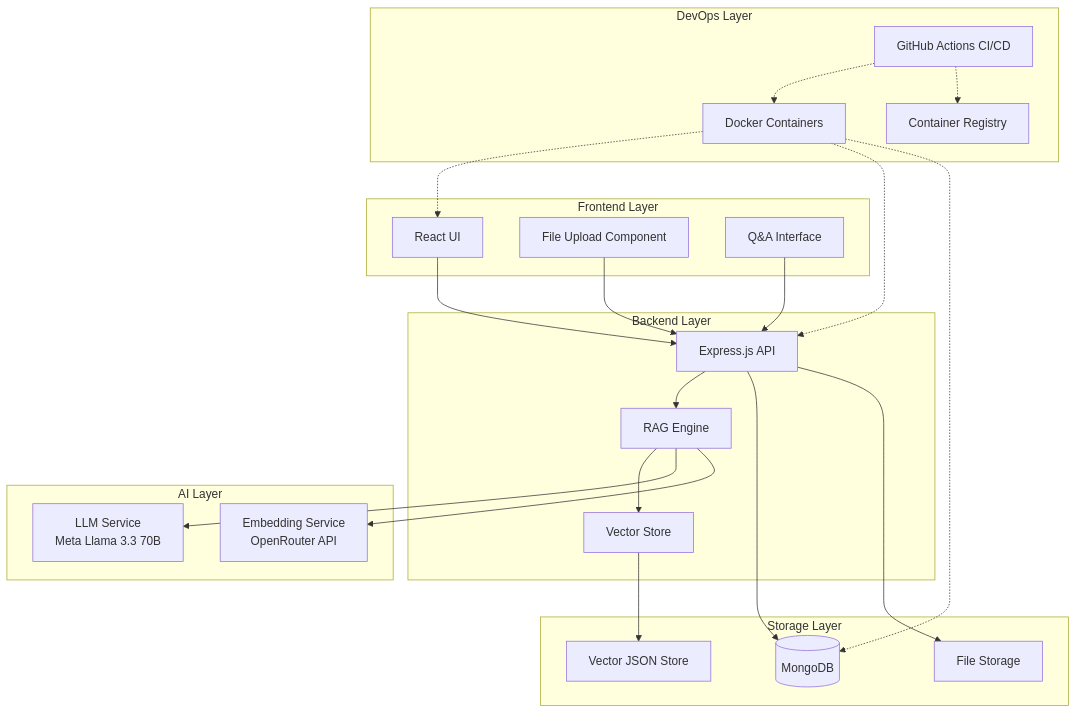
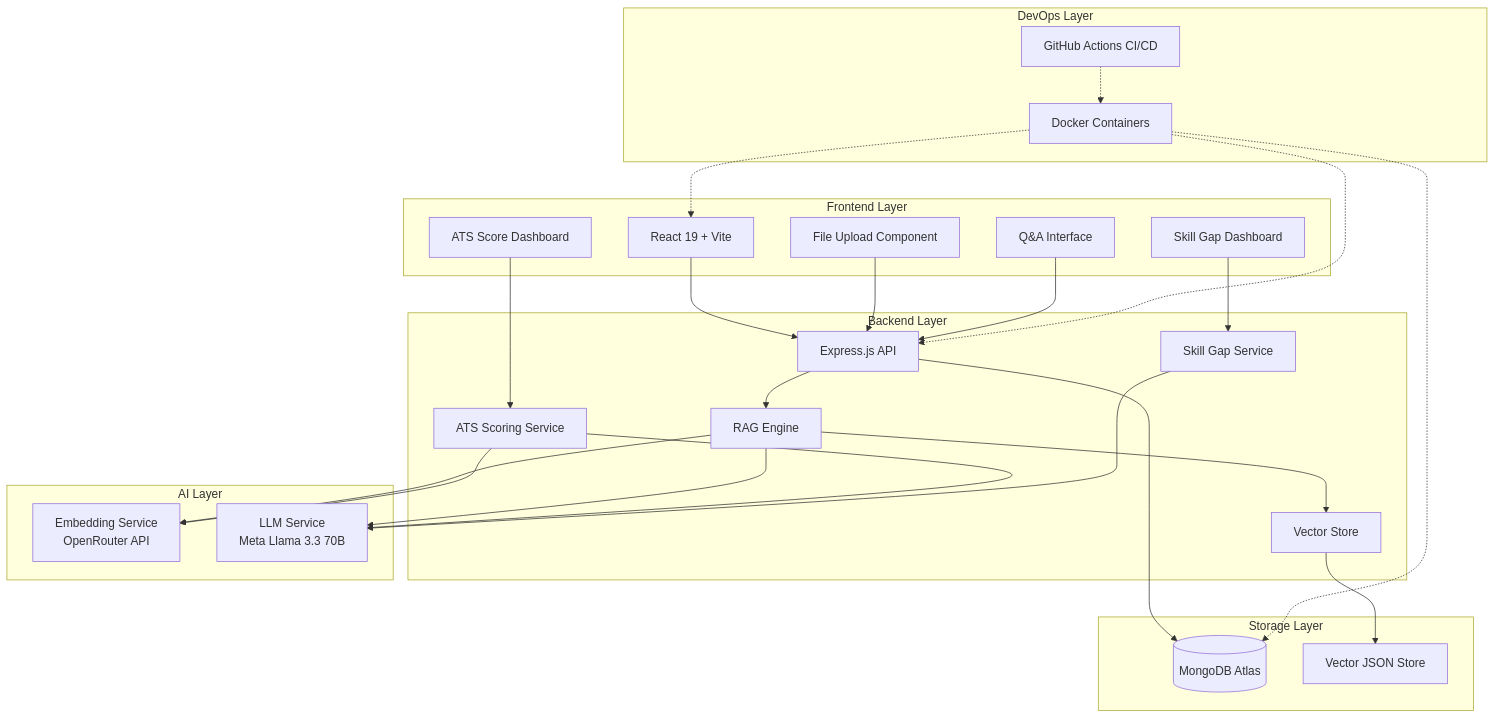
Before and after one commit to cout-arya/resume-analyser: the diagram in PRD.md, drawn with Mermaid. The commit also changed other lines of this file and 33 other files, not shown here.

````diff
--- a/PRD.md
+++ b/PRD.md
@@ -33,48 +33,53 @@
 ```mermaid
 graph TB
     subgraph "Frontend Layer"
-        UI[React UI]
+        UI[React 19 + Vite]
         Upload[File Upload Component]
         Chat[Q&A Interface]
+        ATS[ATS Score Dashboard]
+        Skills[Skill Gap Dashboard]
     end
     
     subgraph "Backend Layer"
         API[Express.js API]
         RAG[RAG Engine]
+        ATSService[ATS Scoring Service]
+        SkillService[Skill Gap Service]
         VectorDB[Vector Store]
     end
     
     subgraph "AI Layer"
         Embed[Embedding Service<br/>OpenRouter API]
         LLM[LLM Service<br/>Meta Llama 3.3 70B]
     end
     
     subgraph "Storage Layer"
-        MongoDB[(MongoDB)]
+        MongoDB[(MongoDB Atlas)]
         VectorJSON[Vector JSON Store]
-        Files[File Storage]
     end
     
     subgraph "DevOps Layer"
         Docker[Docker Containers]
         CICD[GitHub Actions CI/CD]
-        Registry[Container Registry]
     end
     
     UI --> API
     Upload --> API
     Chat --> API
+    ATS --> ATSService
+    Skills --> SkillService
     API --> RAG
     RAG --> VectorDB
     RAG --> LLM
     RAG --> Embed
+    ATSService --> LLM
+    ATSService --> Embed
+    SkillService --> LLM
     API --> MongoDB
     VectorDB --> VectorJSON
-    API --> Files
     
     Docker -.-> UI
     Docker -.-> API
     Docker -.-> MongoDB
     CICD -.-> Docker
-    CICD -.-> Registry
 ```
````
